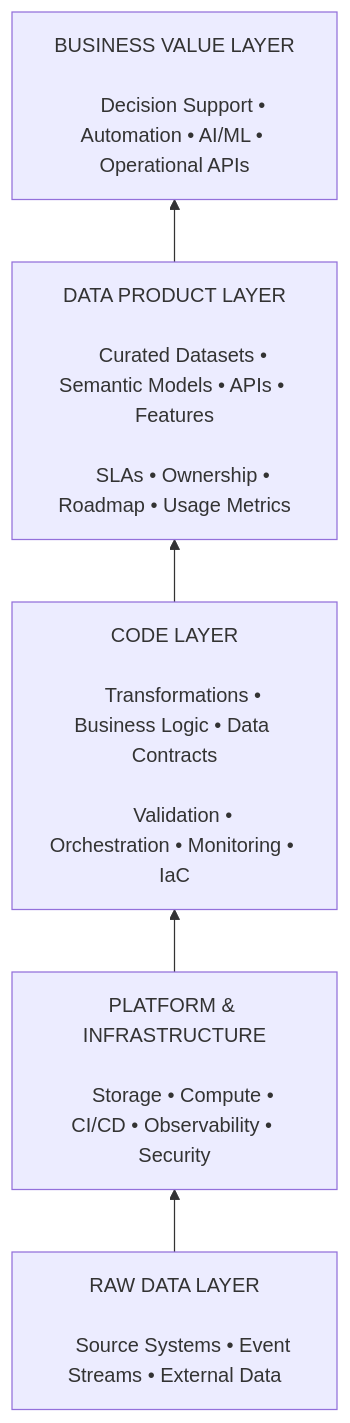
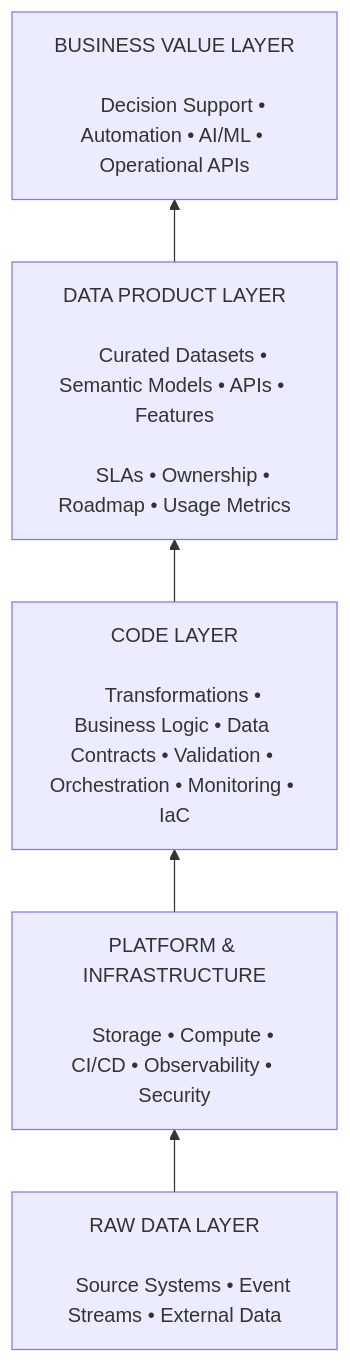
Before and after one commit to staffanrosen24/architecture-diagrams: the diagram in Test.md, drawn with Mermaid.

````diff
--- a/Test.md
+++ b/Test.md
@@ -1,25 +1,24 @@
 ```mermaid
 flowchart BT
 
     Raw["RAW DATA LAYER<br/>
     Source Systems • Event Streams • External Data"]
 
     Platform["PLATFORM & INFRASTRUCTURE<br/>
     Storage • Compute • CI/CD • Observability • Security"]
 
     Code["CODE LAYER<br/>
-    Transformations • Business Logic • Data Contracts<br/>
-    Validation • Orchestration • Monitoring • IaC"]
+    Transformations • Business Logic • Data Contracts • Validation • Orchestration • Monitoring • IaC"]
 
     Product["DATA PRODUCT LAYER<br/>
     Curated Datasets • Semantic Models • APIs • Features<br/>
     SLAs • Ownership • Roadmap • Usage Metrics"]
 
     Business["BUSINESS VALUE LAYER<br/>
     Decision Support • Automation • AI/ML • Operational APIs"]
 
     Raw --> Platform
     Platform --> Code
     Code --> Product
     Product --> Business
 ```
````
